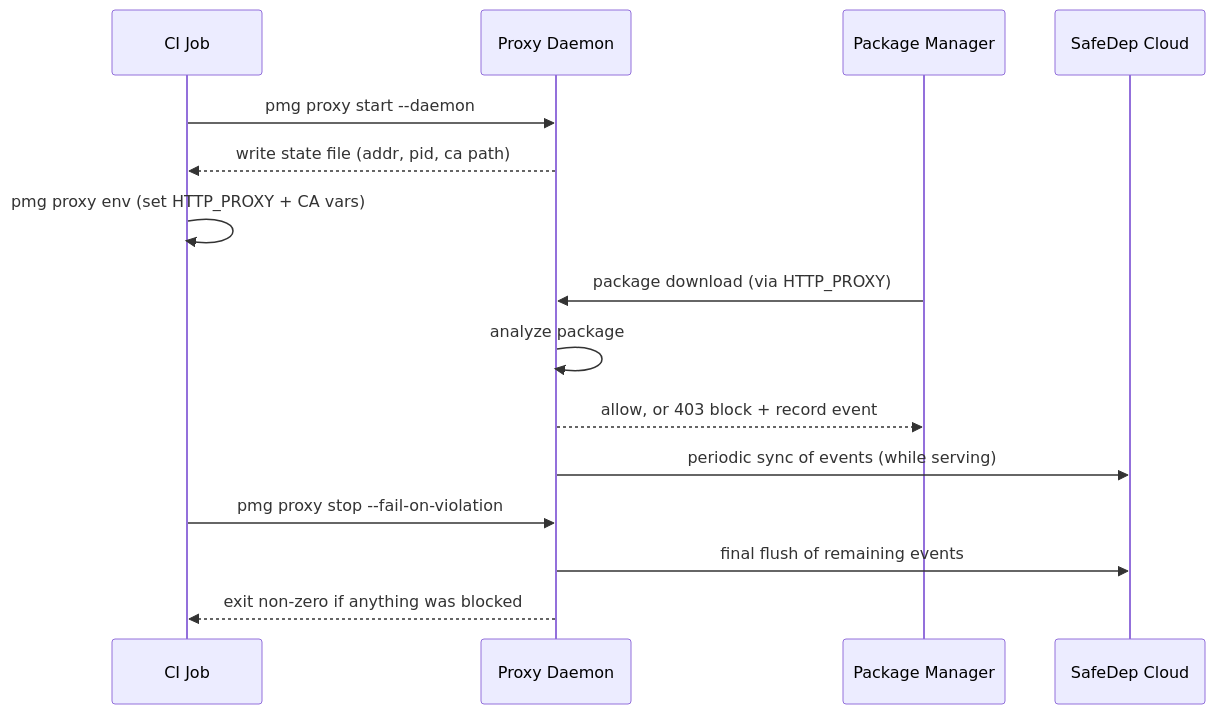
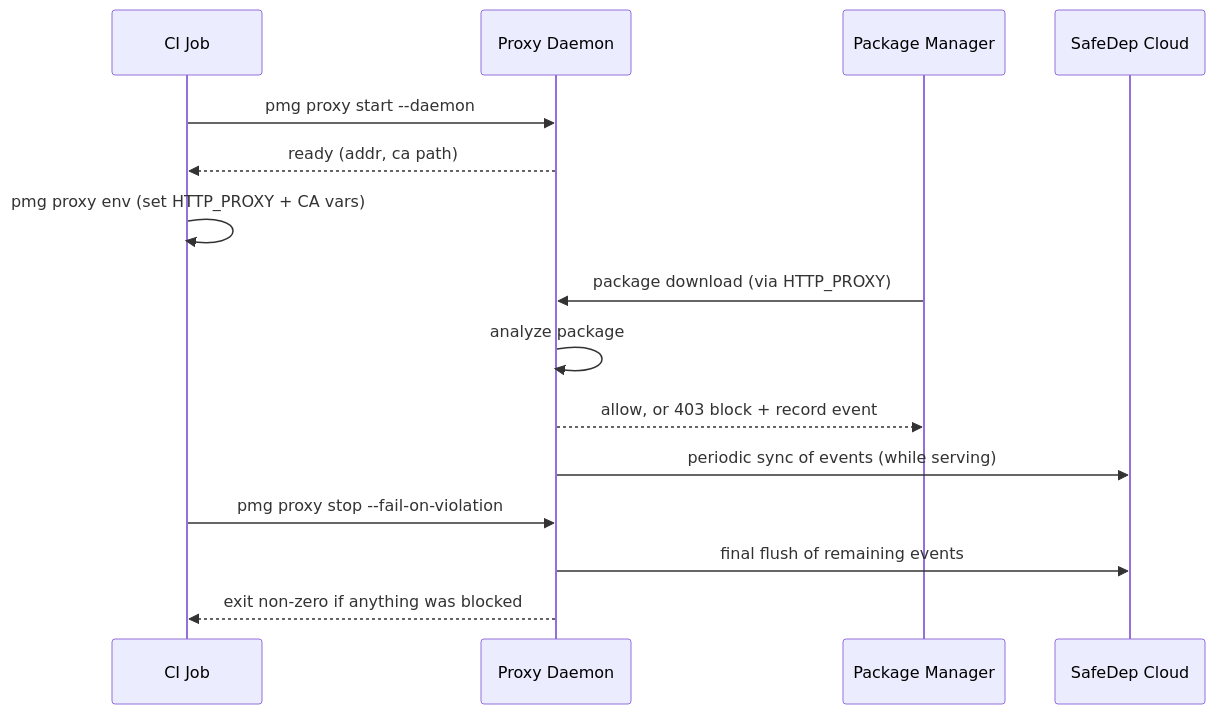
One commit to safedep/pmg changed the diagram in docs/persistent-proxy.md. Above: the diagram before and after it, drawn with Mermaid. The commit also changed other lines of this file and 8 other files, not shown here.

````diff
--- a/docs/persistent-proxy.md
+++ b/docs/persistent-proxy.md
@@ -39,18 +40,18 @@
 ```mermaid
 sequenceDiagram
     participant CI as CI Job
     participant Proxy as Proxy Daemon
     participant PM as Package Manager
     participant Cloud as SafeDep Cloud
 
     CI->>Proxy: pmg proxy start --daemon
-    Proxy-->>CI: write state file (addr, pid, ca path)
+    Proxy-->>CI: ready (addr, ca path)
     CI->>CI: pmg proxy env  (set HTTP_PROXY + CA vars)
     PM->>Proxy: package download (via HTTP_PROXY)
     Proxy->>Proxy: analyze package
     Proxy-->>PM: allow, or 403 block + record event
     Proxy->>Cloud: periodic sync of events (while serving)
     CI->>Proxy: pmg proxy stop --fail-on-violation
     Proxy->>Cloud: final flush of remaining events
     Proxy-->>CI: exit non-zero if anything was blocked
 ```
````
